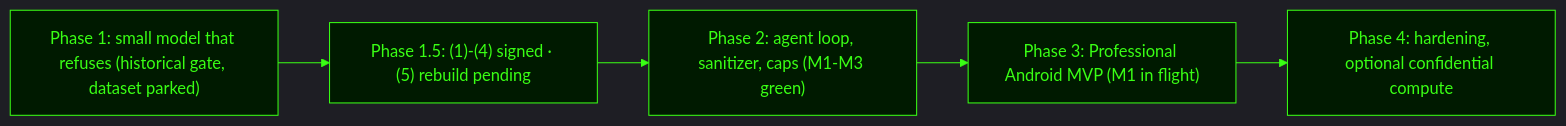
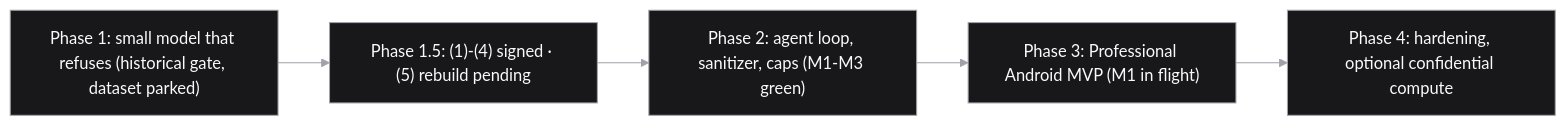
Before and after one commit to 9lordisgod/salomon: the second of 2 diagrams in README.md, drawn with Mermaid. The commit also changed other lines of this file and 2 other files, not shown here.

Commit message:
docs: short STATUS, move dated log to docs/notes/STATUS_HISTORY.md; README zinc charts + repo map

````diff
--- a/README.md
+++ b/README.md
@@ -56,11 +56,11 @@
 ```mermaid
-%%{init: {'theme':'dark','themeVariables':{'dark':'#0a0a0a','background':'#0a0a0a','primaryColor':'#003b00','primaryTextColor':'#39ff14','primaryBorderColor':'#39ff14','secondaryColor':'#001a00','secondaryTextColor':'#39ff14','secondaryBorderColor':'#00ff41','tertiaryColor':'#002200','lineColor':'#39ff14','textColor':'#39ff14','mainBkg':'#001a00','nodeBorder':'#39ff14','clusterBkg':'#000000','titleColor':'#39ff14','edgeLabelBackground':'#001a00'}}}%%
+%%{init: {'theme':'base','themeVariables':{'dark':'#0a0a0a','background':'#0a0a0a','primaryColor':'#18181b','primaryTextColor':'#fafafa','primaryBorderColor':'#a1a1aa','secondaryColor':'#09090b','secondaryTextColor':'#fafafa','secondaryBorderColor':'#71717a','tertiaryColor':'#27272a','lineColor':'#a1a1aa','textColor':'#fafafa','mainBkg':'#18181b','nodeBorder':'#a1a1aa','clusterBkg':'#000000','titleColor':'#fafafa','edgeLabelBackground':'#18181b'}}}%%
 flowchart LR
   P1["Phase 1: small model that refuses (historical gate, dataset parked)"] --> G["Phase 1.5: (1)-(4) signed · (5) rebuild pending"]
   G --> P2["Phase 2: agent loop, sanitizer, caps (M1-M3 green)"]
   P2 --> P3["Phase 3: Professional Android MVP (M1 in flight)"]
   P3 --> P4["Phase 4: hardening, optional confidential compute"]
 
-  classDef neon fill:#001a00,stroke:#39ff14,color:#39ff14
-  class P1,G,P2,P3,P4 neon
+  classDef mono fill:#18181b,stroke:#a1a1aa,color:#fafafa
+  class P1,G,P2,P3,P4 mono
 ```
````
